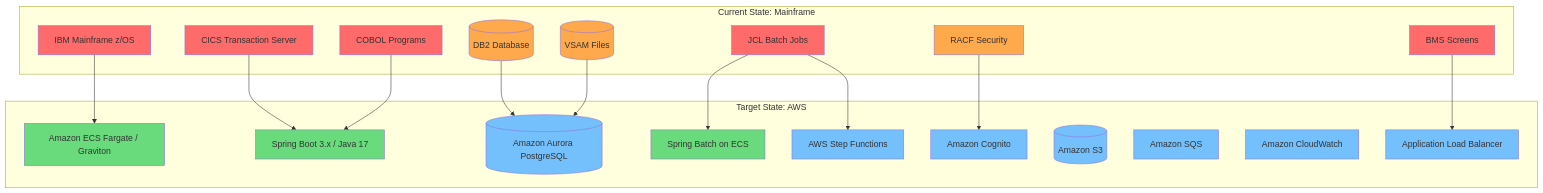
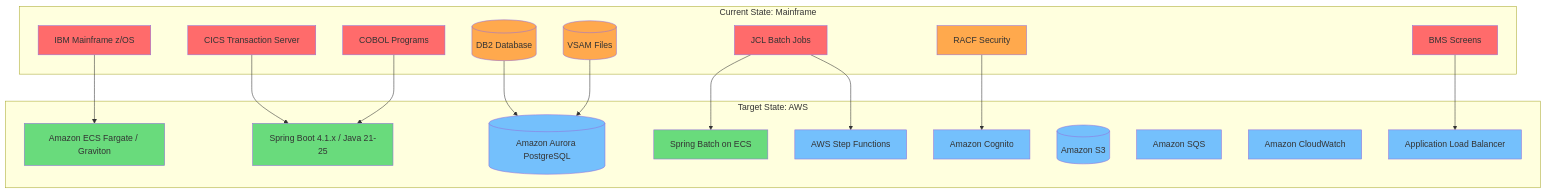
Before and after one commit to davidcslau/enterprise-modernization-analyzer: the third of 5 diagrams in steering/cobol-to-java.md, drawn with Mermaid. The commit also changed other lines of this file and 7 other files, not shown here.

First line of the commit message:
feat: Java/J2EE depth for a Spring Boot 4.1 target

````diff
--- a/steering/cobol-to-java.md
+++ b/steering/cobol-to-java.md
@@ -470,55 +470,55 @@
 ```mermaid
 graph TB
     subgraph "Current State: Mainframe"
         MF[IBM Mainframe z/OS]
         CICS[CICS Transaction Server]
         COBOL[COBOL Programs]
         DB2[(DB2 Database)]
         VSAM[(VSAM Files)]
         JCL[JCL Batch Jobs]
         RACF[RACF Security]
         BMS[BMS Screens]
     end
 
     subgraph "Target State: AWS"
         ECS[Amazon ECS Fargate / Graviton]
-        SB[Spring Boot 3.x / Java 17]
+        SB[Spring Boot 4.1.x / Java 21-25]
         RDS[(Amazon Aurora PostgreSQL)]
         BATCH[Spring Batch on ECS]
         SF[AWS Step Functions]
         COG[Amazon Cognito]
         S3[(Amazon S3)]
         SQS[Amazon SQS]
         CW[Amazon CloudWatch]
         ALB[Application Load Balancer]
     end
 
     MF --> ECS
     CICS --> SB
     COBOL --> SB
     DB2 --> RDS
     VSAM --> RDS
     JCL --> BATCH
     JCL --> SF
     RACF --> COG
     BMS --> ALB
 
     style MF fill:#ff6b6b
     style CICS fill:#ff6b6b
     style COBOL fill:#ff6b6b
     style DB2 fill:#ffa94d
     style VSAM fill:#ffa94d
     style JCL fill:#ff6b6b
     style RACF fill:#ffa94d
     style BMS fill:#ff6b6b
     style ECS fill:#69db7c
     style SB fill:#69db7c
     style RDS fill:#74c0fc
     style BATCH fill:#69db7c
     style SF fill:#74c0fc
     style COG fill:#74c0fc
     style S3 fill:#74c0fc
     style SQS fill:#74c0fc
     style CW fill:#74c0fc
     style ALB fill:#74c0fc
 ```
````
